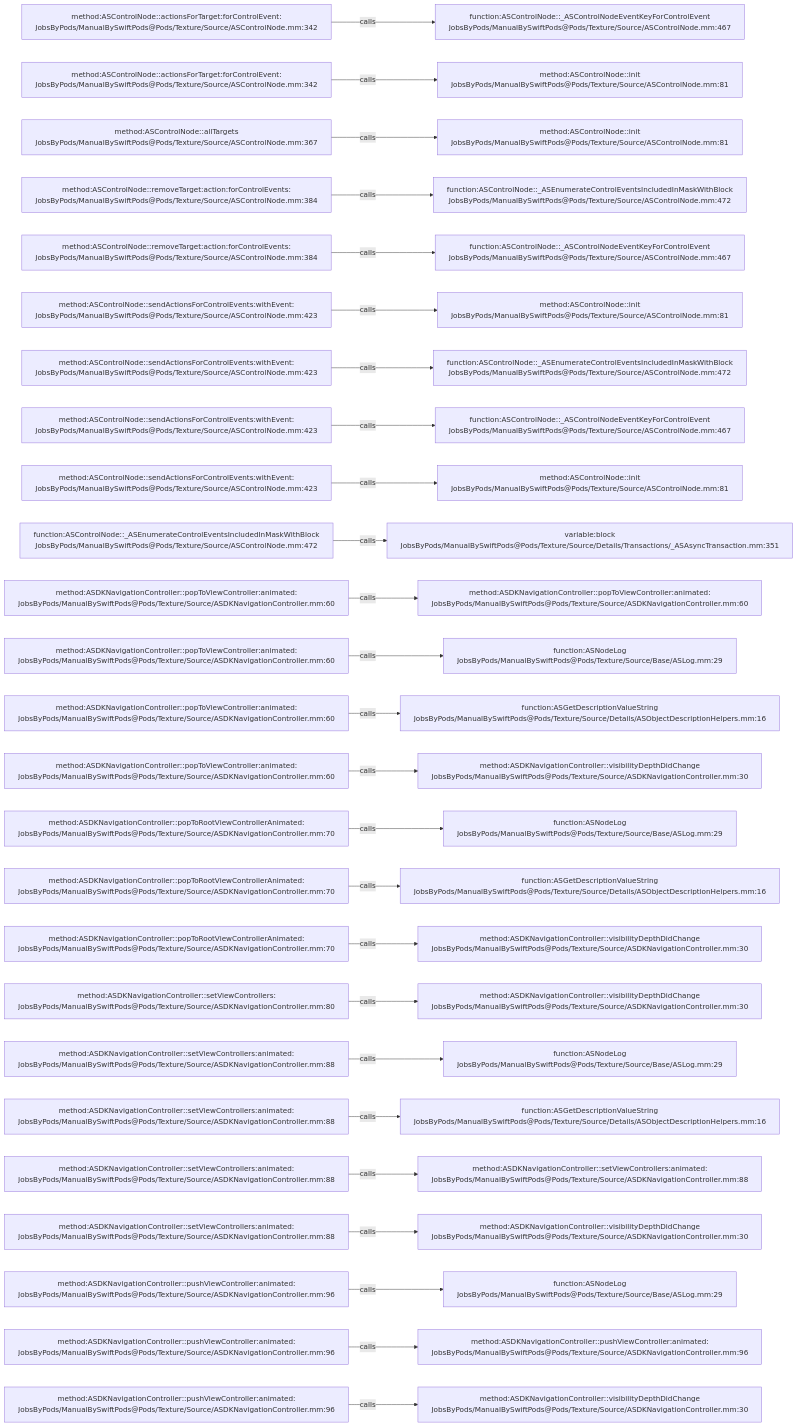
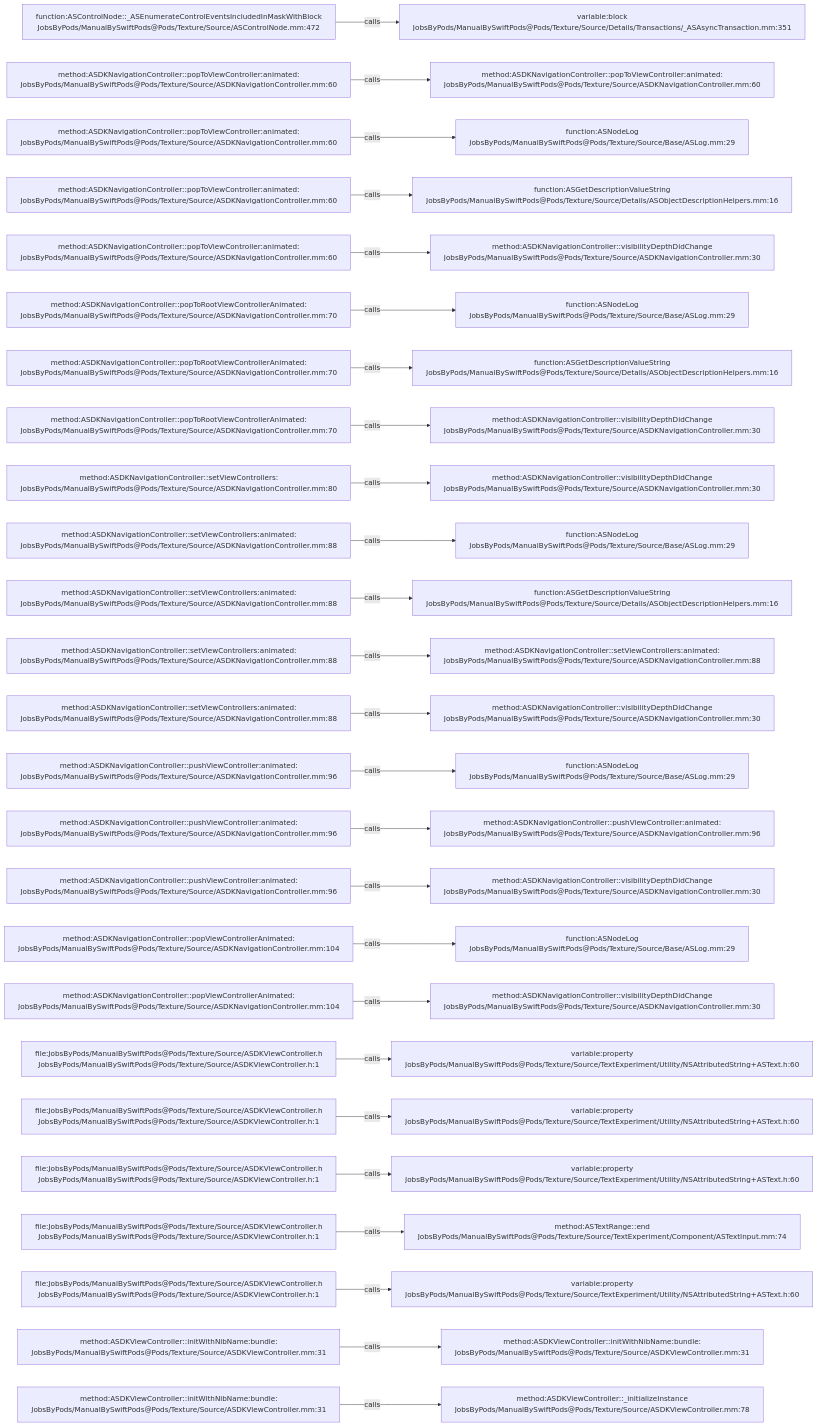
One commit to JobsKits/JobsSwiftBaseConfigDemo changed the diagram in .codegraph/codegraph.md/graphs/calls-018.md. Above: the diagram before and after it, drawn with Mermaid. The commit also changed 707 other files, not shown here.

````diff
--- a/.codegraph/codegraph.md/graphs/calls-018.md
+++ b/.codegraph/codegraph.md/graphs/calls-018.md
@@ -13,78 +13,78 @@
 ```mermaid
 flowchart LR
-  S1["method:ASControlNode::actionsForTarget:forControlEvent:<br/>JobsByPods/ManualBySwiftPods@Pods/Texture/Source/ASControlNode.mm:342"]
-  T1["function:ASControlNode::_ASControlNodeEventKeyForControlEvent<br/>JobsByPods/ManualBySwiftPods@Pods/Texture/Source/ASControlNode.mm:467"]
+  S1["function:ASControlNode::_ASEnumerateControlEventsIncludedInMaskWithBlock<br/>JobsByPods/ManualBySwiftPods@Pods/Texture/Source/ASControlNode.mm:472"]
+  T1["variable:block<br/>JobsByPods/ManualBySwiftPods@Pods/Texture/Source/Details/Transactions/_ASAsyncTransaction.mm:351"]
   S1 -->|calls| T1
-  S2["method:ASControlNode::actionsForTarget:forControlEvent:<br/>JobsByPods/ManualBySwiftPods@Pods/Texture/Source/ASControlNode.mm:342"]
-  T2["method:ASControlNode::init<br/>JobsByPods/ManualBySwiftPods@Pods/Texture/Source/ASControlNode.mm:81"]
+  S2["method:ASDKNavigationController::popToViewController:animated:<br/>JobsByPods/ManualBySwiftPods@Pods/Texture/Source/ASDKNavigationController.mm:60"]
+  T2["method:ASDKNavigationController::popToViewController:animated:<br/>JobsByPods/ManualBySwiftPods@Pods/Texture/Source/ASDKNavigationController.mm:60"]
   S2 -->|calls| T2
-  S3["method:ASControlNode::allTargets<br/>JobsByPods/ManualBySwiftPods@Pods/Texture/Source/ASControlNode.mm:367"]
-  T3["method:ASControlNode::init<br/>JobsByPods/ManualBySwiftPods@Pods/Texture/Source/ASControlNode.mm:81"]
+  S3["method:ASDKNavigationController::popToViewController:animated:<br/>JobsByPods/ManualBySwiftPods@Pods/Texture/Source/ASDKNavigationController.mm:60"]
+  T3["function:ASNodeLog<br/>JobsByPods/ManualBySwiftPods@Pods/Texture/Source/Base/ASLog.mm:29"]
   S3 -->|calls| T3
-  S4["method:ASControlNode::removeTarget:action:forControlEvents:<br/>JobsByPods/ManualBySwiftPods@Pods/Texture/Source/ASControlNode.mm:384"]
-  T4["function:ASControlNode::_ASEnumerateControlEventsIncludedInMaskWithBlock<br/>JobsByPods/ManualBySwiftPods@Pods/Texture/Source/ASControlNode.mm:472"]
+  S4["method:ASDKNavigationController::popToViewController:animated:<br/>JobsByPods/ManualBySwiftPods@Pods/Texture/Source/ASDKNavigationController.mm:60"]
+  T4["function:ASGetDescriptionValueString<br/>JobsByPods/ManualBySwiftPods@Pods/Texture/Source/Details/ASObjectDescriptionHelpers.mm:16"]
   S4 -->|calls| T4
-  S5["method:ASControlNode::removeTarget:action:forControlEvents:<br/>JobsByPods/ManualBySwiftPods@Pods/Texture/Source/ASControlNode.mm:384"]
-  T5["function:ASControlNode::_ASControlNodeEventKeyForControlEvent<br/>JobsByPods/ManualBySwiftPods@Pods/Texture/Source/ASControlNode.mm:467"]
+  S5["method:ASDKNavigationController::popToViewController:animated:<br/>JobsByPods/ManualBySwiftPods@Pods/Texture/Source/ASDKNavigationController.mm:60"]
+  T5["method:ASDKNavigationController::visibilityDepthDidChange<br/>JobsByPods/ManualBySwiftPods@Pods/Texture/Source/ASDKNavigationController.mm:30"]
   S5 -->|calls| T5
-  S6["method:ASControlNode::sendActionsForControlEvents:withEvent:<br/>JobsByPods/ManualBySwiftPods@Pods/Texture/Source/ASControlNode.mm:423"]
-  T6["method:ASControlNode::init<br/>JobsByPods/ManualBySwiftPods@Pods/Texture/Source/ASControlNode.mm:81"]
+  S6["method:ASDKNavigationController::popToRootViewControllerAnimated:<br/>JobsByPods/ManualBySwiftPods@Pods/Texture/Source/ASDKNavigationController.mm:70"]
+  T6["function:ASNodeLog<br/>JobsByPods/ManualBySwiftPods@Pods/Texture/Source/Base/ASLog.mm:29"]
   S6 -->|calls| T6
-  S7["method:ASControlNode::sendActionsForControlEvents:withEvent:<br/>JobsByPods/ManualBySwiftPods@Pods/Texture/Source/ASControlNode.mm:423"]
-  T7["function:ASControlNode::_ASEnumerateControlEventsIncludedInMaskWithBlock<br/>JobsByPods/ManualBySwiftPods@Pods/Texture/Source/ASControlNode.mm:472"]
+  S7["method:ASDKNavigationController::popToRootViewControllerAnimated:<br/>JobsByPods/ManualBySwiftPods@Pods/Texture/Source/ASDKNavigationController.mm:70"]
+  T7["function:ASGetDescriptionValueString<br/>JobsByPods/ManualBySwiftPods@Pods/Texture/Source/Details/ASObjectDescriptionHelpers.mm:16"]
   S7 -->|calls| T7
-  S8["method:ASControlNode::sendActionsForControlEvents:withEvent:<br/>JobsByPods/ManualBySwiftPods@Pods/Texture/Source/ASControlNode.mm:423"]
-  T8["function:ASControlNode::_ASControlNodeEventKeyForControlEvent<br/>JobsByPods/ManualBySwiftPods@Pods/Texture/Source/ASControlNode.mm:467"]
+  S8["method:ASDKNavigationController::popToRootViewControllerAnimated:<br/>JobsByPods/ManualBySwiftPods@Pods/Texture/Source/ASDKNavigationController.mm:70"]
+  T8["method:ASDKNavigationController::visibilityDepthDidChange<br/>JobsByPods/ManualBySwiftPods@Pods/Texture/Source/ASDKNavigationController.mm:30"]
   S8 -->|calls| T8
-  S9["method:ASControlNode::sendActionsForControlEvents:withEvent:<br/>JobsByPods/ManualBySwiftPods@Pods/Texture/Source/ASControlNode.mm:423"]
-  T9["method:ASControlNode::init<br/>JobsByPods/ManualBySwiftPods@Pods/Texture/Source/ASControlNode.mm:81"]
+  S9["method:ASDKNavigationController::setViewControllers:<br/>JobsByPods/ManualBySwiftPods@Pods/Texture/Source/ASDKNavigationController.mm:80"]
+  T9["method:ASDKNavigationController::visibilityDepthDidChange<br/>JobsByPods/ManualBySwiftPods@Pods/Texture/Source/ASDKNavigationController.mm:30"]
   S9 -->|calls| T9
-  S10["function:ASControlNode::_ASEnumerateControlEventsIncludedInMaskWithBlock<br/>JobsByPods/ManualBySwiftPods@Pods/Texture/Source/ASControlNode.mm:472"]
-  T10["variable:block<br/>JobsByPods/ManualBySwiftPods@Pods/Texture/Source/Details/Transactions/_ASAsyncTransaction.mm:351"]
+  S10["method:ASDKNavigationController::setViewControllers:animated:<br/>JobsByPods/ManualBySwiftPods@Pods/Texture/Source/ASDKNavigationController.mm:88"]
+  T10["function:ASNodeLog<br/>JobsByPods/ManualBySwiftPods@Pods/Texture/Source/Base/ASLog.mm:29"]
   S10 -->|calls| T10
-  S11["method:ASDKNavigationController::popToViewController:animated:<br/>JobsByPods/ManualBySwiftPods@Pods/Texture/Source/ASDKNavigationController.mm:60"]
-  T11["method:ASDKNavigationController::popToViewController:animated:<br/>JobsByPods/ManualBySwiftPods@Pods/Texture/Source/ASDKNavigationController.mm:60"]
+  S11["method:ASDKNavigationController::setViewControllers:animated:<br/>JobsByPods/ManualBySwiftPods@Pods/Texture/Source/ASDKNavigationController.mm:88"]
+  T11["function:ASGetDescriptionValueString<br/>JobsByPods/ManualBySwiftPods@Pods/Texture/Source/Details/ASObjectDescriptionHelpers.mm:16"]
   S11 -->|calls| T11
-  S12["method:ASDKNavigationController::popToViewController:animated:<br/>JobsByPods/ManualBySwiftPods@Pods/Texture/Source/ASDKNavigationController.mm:60"]
-  T12["function:ASNodeLog<br/>JobsByPods/ManualBySwiftPods@Pods/Texture/Source/Base/ASLog.mm:29"]
+  S12["method:ASDKNavigationController::setViewControllers:animated:<br/>JobsByPods/ManualBySwiftPods@Pods/Texture/Source/ASDKNavigationController.mm:88"]
+  T12["method:ASDKNavigationController::setViewControllers:animated:<br/>JobsByPods/ManualBySwiftPods@Pods/Texture/Source/ASDKNavigationController.mm:88"]
   S12 -->|calls| T12
-  S13["method:ASDKNavigationController::popToViewController:animated:<br/>JobsByPods/ManualBySwiftPods@Pods/Texture/Source/ASDKNavigationController.mm:60"]
-  T13["function:ASGetDescriptionValueString<br/>JobsByPods/ManualBySwiftPods@Pods/Texture/Source/Details/ASObjectDescriptionHelpers.mm:16"]
+  S13["method:ASDKNavigationController::setViewControllers:animated:<br/>JobsByPods/ManualBySwiftPods@Pods/Texture/Source/ASDKNavigationController.mm:88"]
+  T13["method:ASDKNavigationController::visibilityDepthDidChange<br/>JobsByPods/ManualBySwiftPods@Pods/Texture/Source/ASDKNavigationController.mm:30"]
   S13 -->|calls| T13
-  S14["method:ASDKNavigationController::popToViewController:animated:<br/>JobsByPods/ManualBySwiftPods@Pods/Texture/Source/ASDKNavigationController.mm:60"]
-  T14["method:ASDKNavigationController::visibilityDepthDidChange<br/>JobsByPods/ManualBySwiftPods@Pods/Texture/Source/ASDKNavigationController.mm:30"]
+  S14["method:ASDKNavigationController::pushViewController:animated:<br/>JobsByPods/ManualBySwiftPods@Pods/Texture/Source/ASDKNavigationController.mm:96"]
+  T14["function:ASNodeLog<br/>JobsByPods/ManualBySwiftPods@Pods/Texture/Source/Base/ASLog.mm:29"]
   S14 -->|calls| T14
-  S15["method:ASDKNavigationController::popToRootViewControllerAnimated:<br/>JobsByPods/ManualBySwiftPods@Pods/Texture/Source/ASDKNavigationController.mm:70"]
-  T15["function:ASNodeLog<br/>JobsByPods/ManualBySwiftPods@Pods/Texture/Source/Base/ASLog.mm:29"]
+  S15["method:ASDKNavigationController::pushViewController:animated:<br/>JobsByPods/ManualBySwiftPods@Pods/Texture/Source/ASDKNavigationController.mm:96"]
+  T15["method:ASDKNavigationController::pushViewController:animated:<br/>JobsByPods/ManualBySwiftPods@Pods/Texture/Source/ASDKNavigationController.mm:96"]
   S15 -->|calls| T15
-  S16["method:ASDKNavigationController::popToRootViewControllerAnimated:<br/>JobsByPods/ManualBySwiftPods@Pods/Texture/Source/ASDKNavigationController.mm:70"]
-  T16["function:ASGetDescriptionValueString<br/>JobsByPods/ManualBySwiftPods@Pods/Texture/Source/Details/ASObjectDescriptionHelpers.mm:16"]
+  S16["method:ASDKNavigationController::pushViewController:animated:<br/>JobsByPods/ManualBySwiftPods@Pods/Texture/Source/ASDKNavigationController.mm:96"]
+  T16["method:ASDKNavigationController::visibilityDepthDidChange<br/>JobsByPods/ManualBySwiftPods@Pods/Texture/Source/ASDKNavigationController.mm:30"]
   S16 -->|calls| T16
-  S17["method:ASDKNavigationController::popToRootViewControllerAnimated:<br/>JobsByPods/ManualBySwiftPods@Pods/Texture/Source/ASDKNavigationController.mm:70"]
-  T17["method:ASDKNavigationController::visibilityDepthDidChange<br/>JobsByPods/ManualBySwiftPods@Pods/Texture/Source/ASDKNavigationController.mm:30"]
+  S17["method:ASDKNavigationController::popViewControllerAnimated:<br/>JobsByPods/ManualBySwiftPods@Pods/Texture/Source/ASDKNavigationController.mm:104"]
+  T17["function:ASNodeLog<br/>JobsByPods/ManualBySwiftPods@Pods/Texture/Source/Base/ASLog.mm:29"]
   S17 -->|calls| T17
-  S18["method:ASDKNavigationController::setViewControllers:<br/>JobsByPods/ManualBySwiftPods@Pods/Texture/Source/ASDKNavigationController.mm:80"]
+  S18["method:ASDKNavigationController::popViewControllerAnimated:<br/>JobsByPods/ManualBySwiftPods@Pods/Texture/Source/ASDKNavigationController.mm:104"]
   T18["method:ASDKNavigationController::visibilityDepthDidChange<br/>JobsByPods/ManualBySwiftPods@Pods/Texture/Source/ASDKNavigationController.mm:30"]
   S18 -->|calls| T18
-  S19["method:ASDKNavigationController::setViewControllers:animated:<br/>JobsByPods/ManualBySwiftPods@Pods/Texture/Source/ASDKNavigationController.mm:88"]
-  T19["function:ASNodeLog<br/>JobsByPods/ManualBySwiftPods@Pods/Texture/Source/Base/ASLog.mm:29"]
+  S19["file:JobsByPods/ManualBySwiftPods@Pods/Texture/Source/ASDKViewController.h<br/>JobsByPods/ManualBySwiftPods@Pods/Texture/Source/ASDKViewController.h:1"]
+  T19["variable:property<br/>JobsByPods/ManualBySwiftPods@Pods/Texture/Source/TextExperiment/Utility/NSAttributedString+ASText.h:60"]
   S19 -->|calls| T19
-  S20["method:ASDKNavigationController::setViewControllers:animated:<br/>JobsByPods/ManualBySwiftPods@Pods/Texture/Source/ASDKNavigationController.mm:88"]
-  T20["function:ASGetDescriptionValueString<br/>JobsByPods/ManualBySwiftPods@Pods/Texture/Source/Details/ASObjectDescriptionHelpers.mm:16"]
+  S20["file:JobsByPods/ManualBySwiftPods@Pods/Texture/Source/ASDKViewController.h<br/>JobsByPods/ManualBySwiftPods@Pods/Texture/Source/ASDKViewController.h:1"]
+  T20["variable:property<br/>JobsByPods/ManualBySwiftPods@Pods/Texture/Source/TextExperiment/Utility/NSAttributedString+ASText.h:60"]
   S20 -->|calls| T20
-  S21["method:ASDKNavigationController::setViewControllers:animated:<br/>JobsByPods/ManualBySwiftPods@Pods/Texture/Source/ASDKNavigationController.mm:88"]
-  T21["method:ASDKNavigationController::setViewControllers:animated:<br/>JobsByPods/ManualBySwiftPods@Pods/Texture/Source/ASDKNavigationController.mm:88"]
+  S21["file:JobsByPods/ManualBySwiftPods@Pods/Texture/Source/ASDKViewController.h<br/>JobsByPods/ManualBySwiftPods@Pods/Texture/Source/ASDKViewController.h:1"]
+  T21["variable:property<br/>JobsByPods/ManualBySwiftPods@Pods/Texture/Source/TextExperiment/Utility/NSAttributedString+ASText.h:60"]
   S21 -->|calls| T21
-  S22["method:ASDKNavigationController::setViewControllers:animated:<br/>JobsByPods/ManualBySwiftPods@Pods/Texture/Source/ASDKNavigationController.mm:88"]
-  T22["method:ASDKNavigationController::visibilityDepthDidChange<br/>JobsByPods/ManualBySwiftPods@Pods/Texture/Source/ASDKNavigationController.mm:30"]
+  S22["file:JobsByPods/ManualBySwiftPods@Pods/Texture/Source/ASDKViewController.h<br/>JobsByPods/ManualBySwiftPods@Pods/Texture/Source/ASDKViewController.h:1"]
+  T22["method:ASTextRange::end<br/>JobsByPods/ManualBySwiftPods@Pods/Texture/Source/TextExperiment/Component/ASTextInput.mm:74"]
   S22 -->|calls| T22
-  S23["method:ASDKNavigationController::pushViewController:animated:<br/>JobsByPods/ManualBySwiftPods@Pods/Texture/Source/ASDKNavigationController.mm:96"]
-  T23["function:ASNodeLog<br/>JobsByPods/ManualBySwiftPods@Pods/Texture/Source/Base/ASLog.mm:29"]
+  S23["file:JobsByPods/ManualBySwiftPods@Pods/Texture/Source/ASDKViewController.h<br/>JobsByPods/ManualBySwiftPods@Pods/Texture/Source/ASDKViewController.h:1"]
+  T23["variable:property<br/>JobsByPods/ManualBySwiftPods@Pods/Texture/Source/TextExperiment/Utility/NSAttributedString+ASText.h:60"]
   S23 -->|calls| T23
-  S24["method:ASDKNavigationController::pushViewController:animated:<br/>JobsByPods/ManualBySwiftPods@Pods/Texture/Source/ASDKNavigationController.mm:96"]
-  T24["method:ASDKNavigationController::pushViewController:animated:<br/>JobsByPods/ManualBySwiftPods@Pods/Texture/Source/ASDKNavigationController.mm:96"]
+  S24["method:ASDKViewController::initWithNibName:bundle:<br/>JobsByPods/ManualBySwiftPods@Pods/Texture/Source/ASDKViewController.mm:31"]
+  T24["method:ASDKViewController::initWithNibName:bundle:<br/>JobsByPods/ManualBySwiftPods@Pods/Texture/Source/ASDKViewController.mm:31"]
   S24 -->|calls| T24
-  S25["method:ASDKNavigationController::pushViewController:animated:<br/>JobsByPods/ManualBySwiftPods@Pods/Texture/Source/ASDKNavigationController.mm:96"]
-  T25["method:ASDKNavigationController::visibilityDepthDidChange<br/>JobsByPods/ManualBySwiftPods@Pods/Texture/Source/ASDKNavigationController.mm:30"]
+  S25["method:ASDKViewController::initWithNibName:bundle:<br/>JobsByPods/ManualBySwiftPods@Pods/Texture/Source/ASDKViewController.mm:31"]
+  T25["method:ASDKViewController::_initializeInstance<br/>JobsByPods/ManualBySwiftPods@Pods/Texture/Source/ASDKViewController.mm:78"]
   S25 -->|calls| T25
 ```
````
